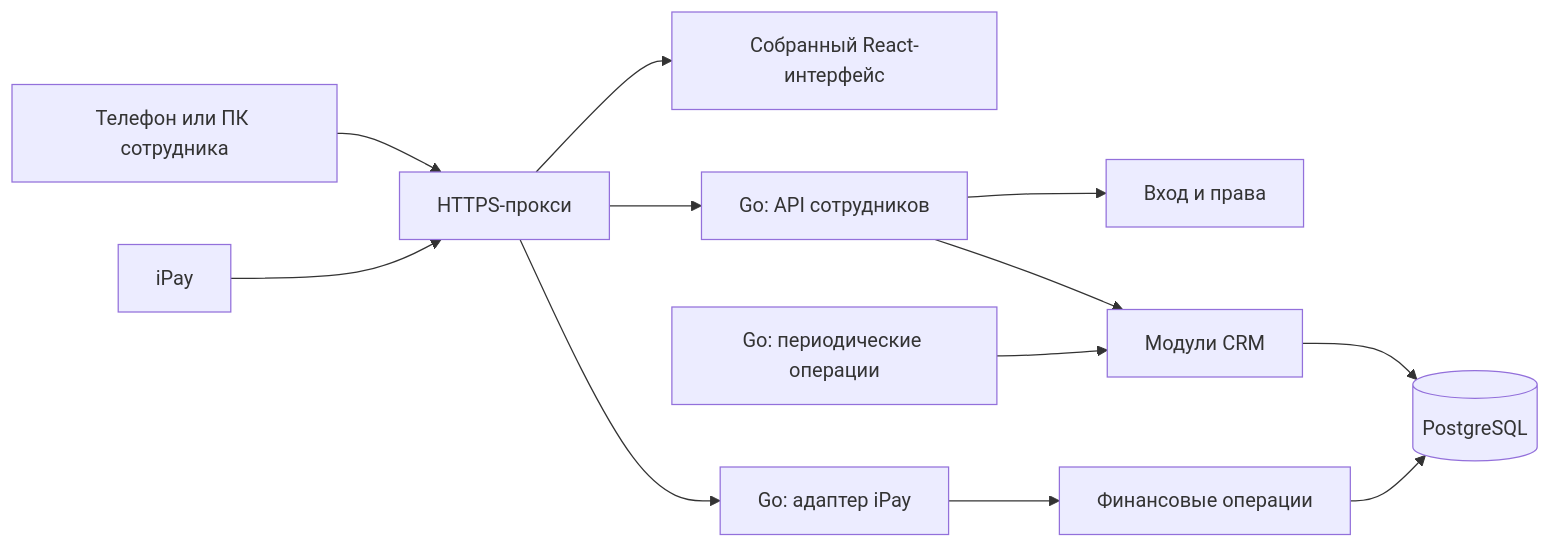
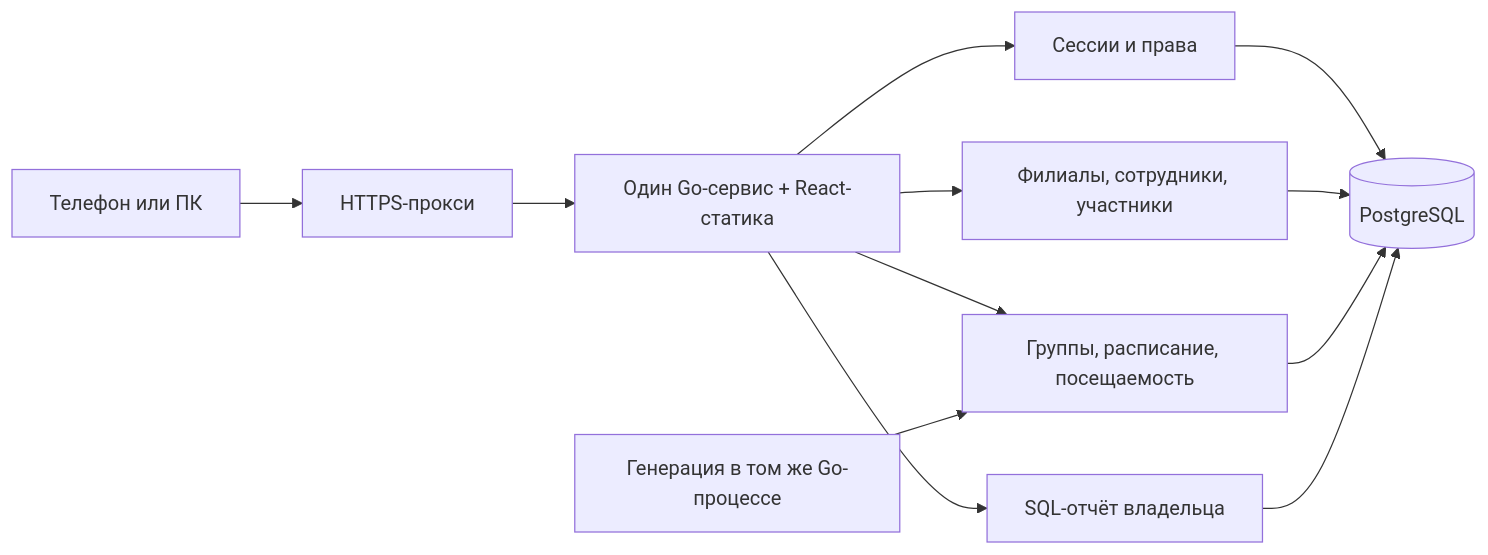
Before and after one commit to NikishGum/JudeOSLite: the diagram in docs/architecture-v1.md, drawn with Mermaid. The commit also changed other lines of this file and 17 other files, not shown here.

````diff
--- a/docs/architecture-v1.md
+++ b/docs/architecture-v1.md
@@ -67,14 +19,14 @@
 ```mermaid
 flowchart LR
-    Staff[Телефон или ПК сотрудника] --> Proxy[HTTPS-прокси]
-    Proxy --> UI[Собранный React-интерфейс]
-    Proxy --> API[Go: API сотрудников]
-    API --> Auth[Вход и права]
-    API --> Domain[Модули CRM]
-    Domain --> DB[(PostgreSQL)]
-    IPay[iPay] --> Proxy
-    Proxy --> Adapter[Go: адаптер iPay]
-    Adapter --> Finance[Финансовые операции]
-    Finance --> DB
-    Jobs[Go: периодические операции] --> Domain
+  Employee[Телефон или ПК] --> HTTPS[HTTPS-прокси]
+  HTTPS --> App[Один Go-сервис + React-статика]
+  App --> Auth[Сессии и права]
+  App --> Registry[Филиалы, сотрудники, участники]
+  App --> Training[Группы, расписание, посещаемость]
+  App --> Report[SQL-отчёт владельца]
+  Auth --> DB[(PostgreSQL)]
+  Registry --> DB
+  Training --> DB
+  Report --> DB
+  Jobs[Генерация в том же Go-процессе] --> Training
 ```
````
